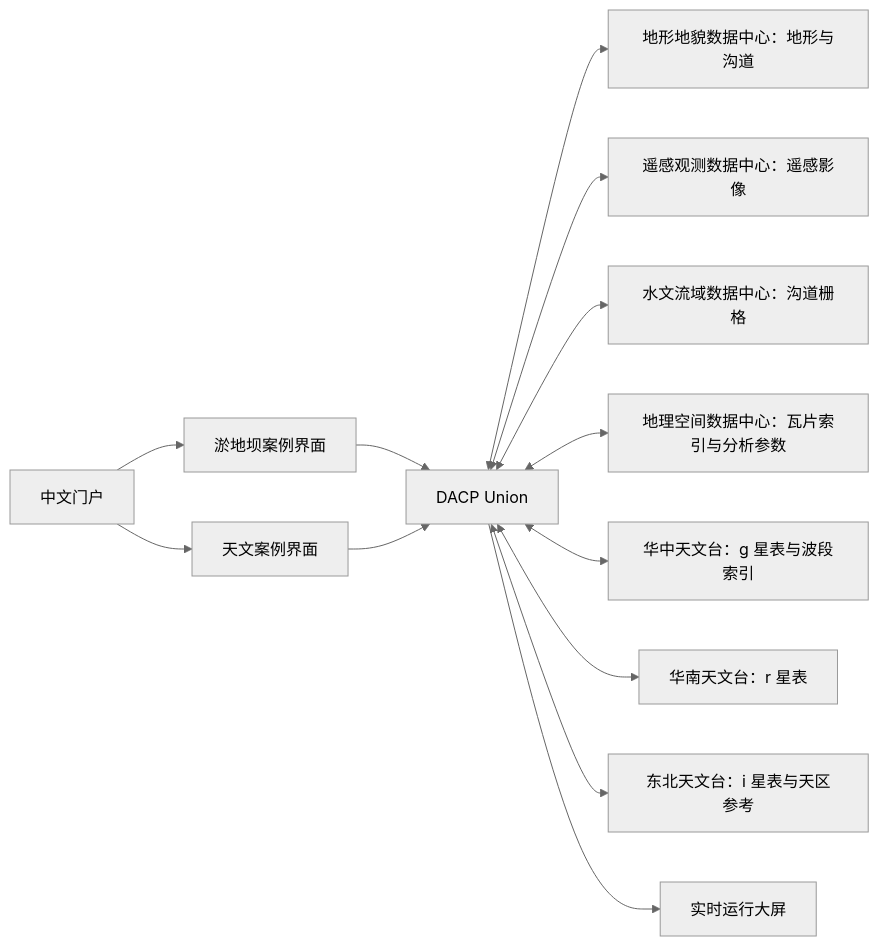
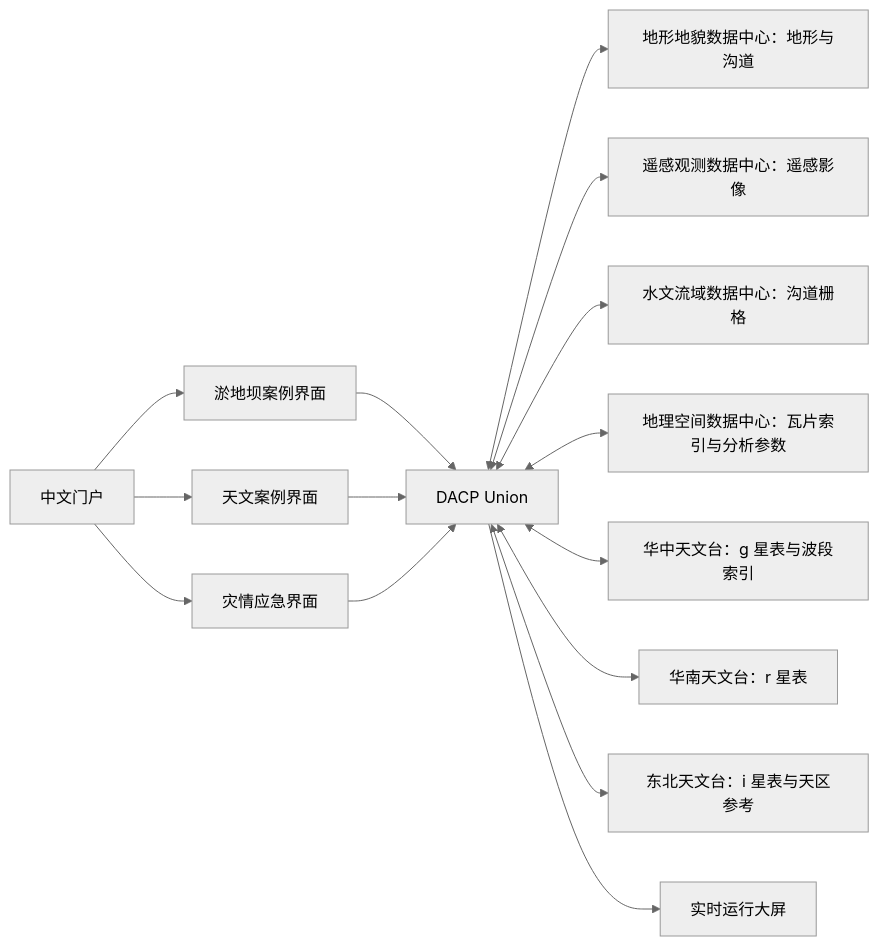
Before and after one commit to rdcn-link/conet: the diagram in README_zh.md, drawn with Mermaid (neutral theme). The commit also changed other lines of this file and 186 other files, not shown here.

````diff
--- a/README_zh.md
+++ b/README_zh.md
@@ -13,15 +14,17 @@
 ```mermaid
 flowchart LR
     Visitor[中文门户] --> Dam[淤地坝案例界面]
     Visitor --> Astro[天文案例界面]
     Dam --> U[DACP Union]
     Astro --> U
+    Visitor --> Emergency[灾情应急界面]
+    Emergency --> U
     U <--> A[地形地貌数据中心：地形与沟道]
     U <--> B[遥感观测数据中心：遥感影像]
     U <--> C[水文流域数据中心：沟道栅格]
     U <--> D[地理空间数据中心：瓦片索引与分析参数]
     U <--> E[华中天文台：g 星表与波段索引]
     U <--> F[华南天文台：r 星表]
     U <--> G[东北天文台：i 星表与天区参考]
     U --> Screen[实时运行大屏]
 ```
````
